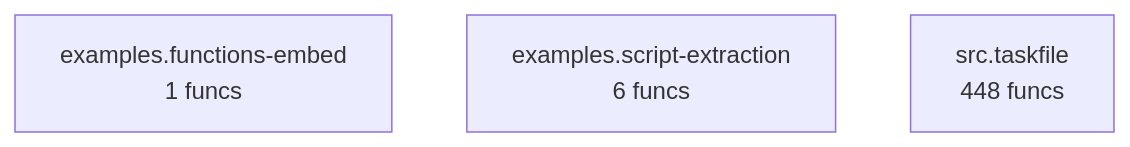
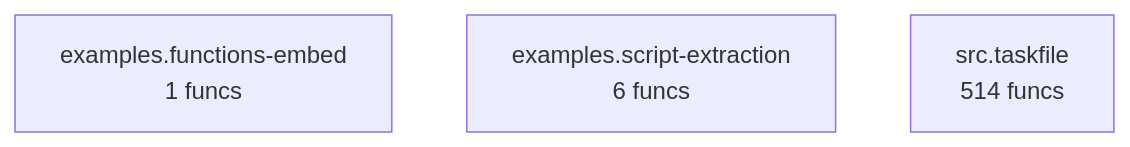
The diagram in project/compact_flow.mmd (pyfunc/taskfile), drawn with Mermaid before and after one commit. The commit also changed 88 other files, not shown here.

```diff
--- a/project/compact_flow.mmd
+++ b/project/compact_flow.mmd
@@ -1,4 +1,4 @@
 flowchart TD
     examples_functions_embed["examples.functions-embed<br/>1 funcs"]
     examples_script_extraction["examples.script-extraction<br/>6 funcs"]
-    src_taskfile["src.taskfile<br/>448 funcs"]
+    src_taskfile["src.taskfile<br/>514 funcs"]
```
